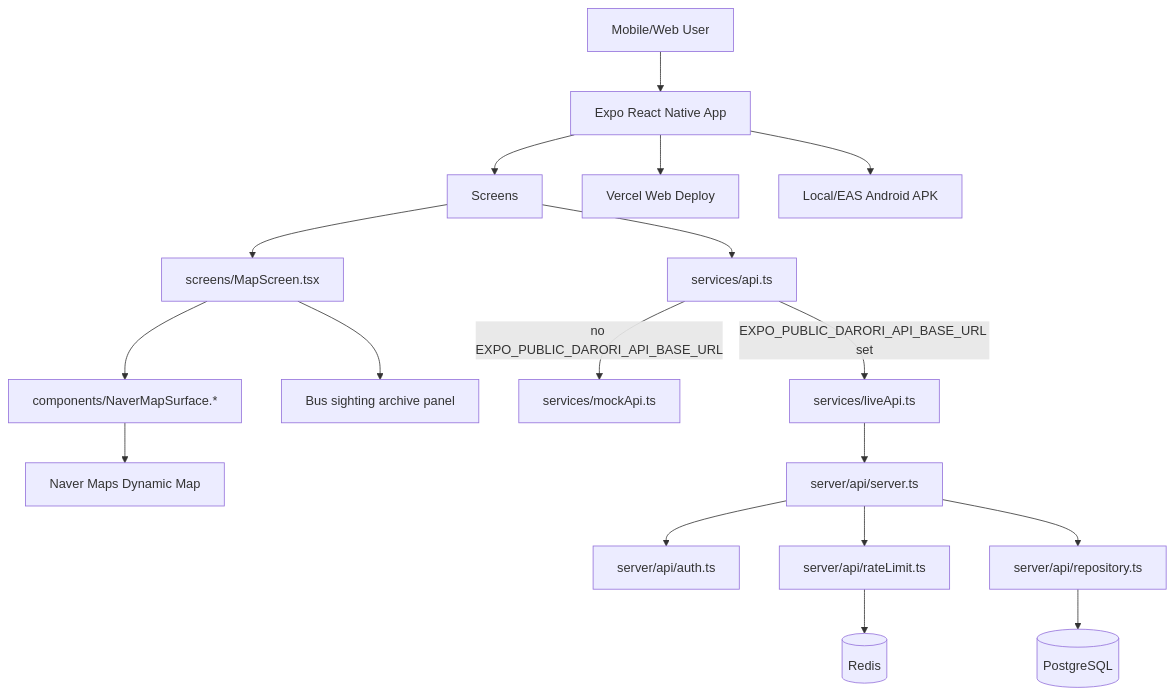
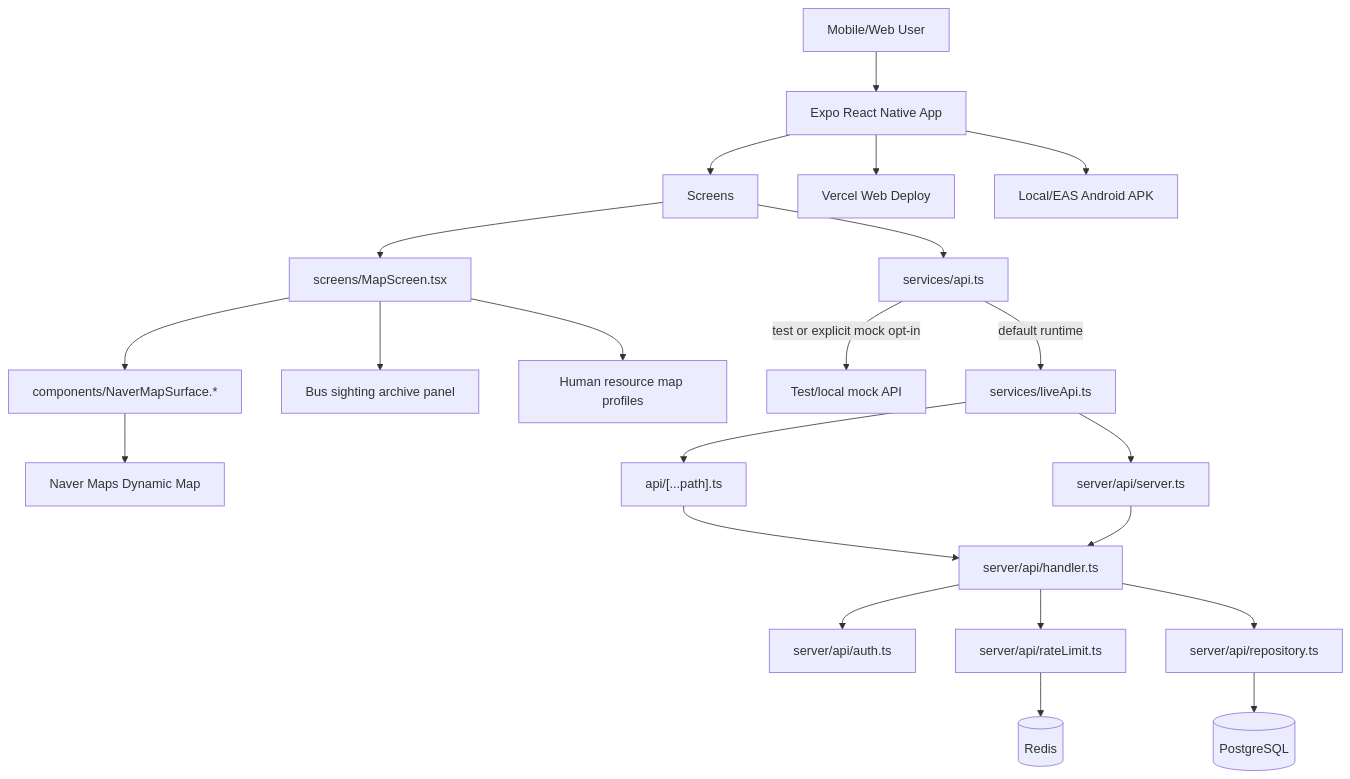
Before and after one commit to rammmaa/dairuri: the first of 3 diagrams in docs/current-architecture.md, drawn with Mermaid. The commit also changed other lines of this file and 17 other files, not shown here.

Commit message:
feat: connect app to live postgres api

````diff
--- a/docs/current-architecture.md
+++ b/docs/current-architecture.md
@@ -7,39 +7,46 @@
 ```mermaid
 flowchart TD
   User[Mobile/Web User]
   App[Expo React Native App]
   Screens[Screens]
   MapScreen["screens/MapScreen.tsx"]
   MapSurface["components/NaverMapSurface.*"]
   NaverMaps[Naver Maps Dynamic Map]
   BusArchive[Bus sighting archive panel]
+  ResourceMap[Human resource map profiles]
   ServiceSwitch[services/api.ts]
-  MockApi[services/mockApi.ts]
+  MockApi[Test/local mock API]
   LiveApi[services/liveApi.ts]
+  VercelApi["api/[...path].ts"]
   ApiServer[server/api/server.ts]
+  ApiHandler[server/api/handler.ts]
   Auth[server/api/auth.ts]
   RateLimit[server/api/rateLimit.ts]
   Repository[server/api/repository.ts]
   Postgres[(PostgreSQL)]
   Redis[(Redis)]
   Vercel[Vercel Web Deploy]
   Apk[Local/EAS Android APK]
 
   User --> App
   App --> Screens
   Screens --> MapScreen
   MapScreen --> MapSurface
   MapSurface --> NaverMaps
   MapScreen --> BusArchive
+  MapScreen --> ResourceMap
   Screens --> ServiceSwitch
-  ServiceSwitch -->|no EXPO_PUBLIC_DARORI_API_BASE_URL| MockApi
-  ServiceSwitch -->|EXPO_PUBLIC_DARORI_API_BASE_URL set| LiveApi
+  ServiceSwitch -->|test or explicit mock opt-in| MockApi
+  ServiceSwitch -->|default runtime| LiveApi
+  LiveApi --> VercelApi
   LiveApi --> ApiServer
-  ApiServer --> Auth
-  ApiServer --> RateLimit
+  VercelApi --> ApiHandler
+  ApiServer --> ApiHandler
+  ApiHandler --> Auth
+  ApiHandler --> RateLimit
   RateLimit --> Redis
-  ApiServer --> Repository
+  ApiHandler --> Repository
   Repository --> Postgres
   App --> Vercel
   App --> Apk
 ```
````
